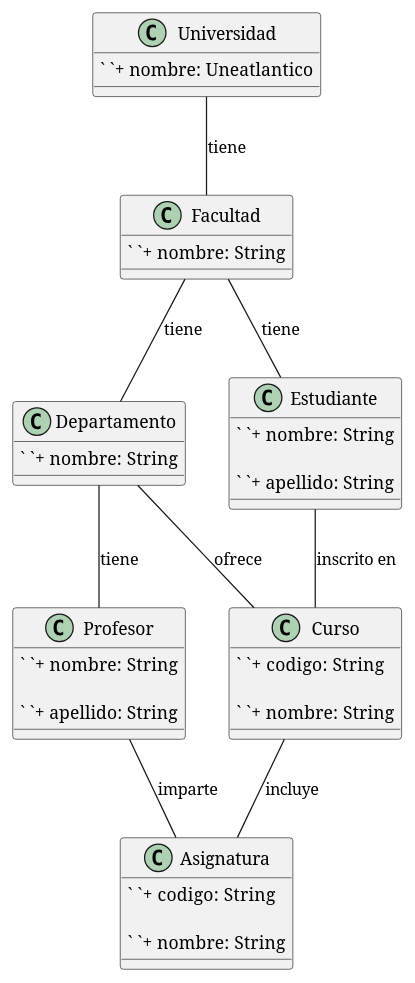
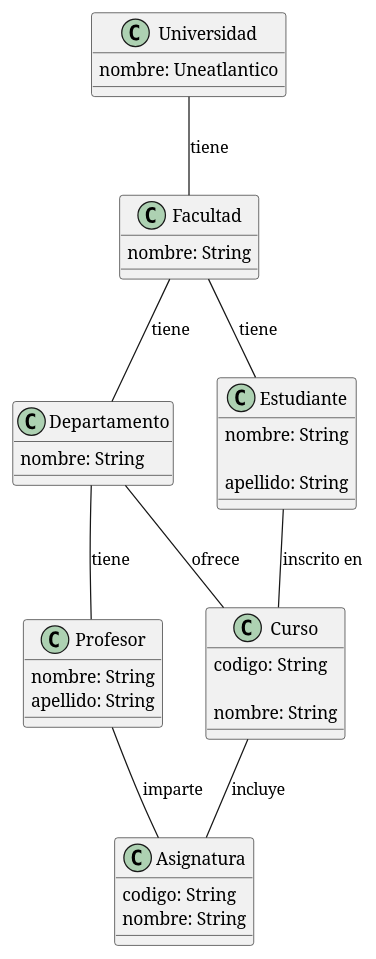
Before and after one commit to mmasias/23-24-idsw1: the diagram in entregas/samayoaBrandon/reto01.md, drawn with PlantUML.

```diff
--- a/entregas/samayoaBrandon/reto01.md
+++ b/entregas/samayoaBrandon/reto01.md
@@ -1,69 +1,65 @@
 @startuml
 
 class Universidad {
 
-`  `+ nombre: Uneatlantico
+nombre: Uneatlantico
 
 }
 
 class Facultad {
-
-`  `+ nombre: String
+nombre: String
 
 }
 
 class Departamento {
-
-`  `+ nombre: String
+nombre: String
 
 }
 
 class Profesor {
 
-`  `+ nombre: String
-
-`  `+ apellido: String
+nombre: String
+apellido: String
 
 }
 
 class Estudiante {
 
-`  `+ nombre: String
+nombre: String
 
-`  `+ apellido: String
+apellido: String
 
 }
 
 class Curso {
 
-`  `+ codigo: String
+codigo: String
 
-`  `+ nombre: String
+nombre: String
 
 }
 
 class Asignatura {
 
-`  `+ codigo: String
-
-`  `+ nombre: String
+codigo: String
+nombre: String
 
 }
 
 Universidad -- Facultad : tiene
 
 Facultad -- Departamento : tiene
 
 Facultad -- Estudiante : tiene
 
 Departamento -- Profesor : tiene
 
 Departamento -- Curso : ofrece
 
 Profesor -- Asignatura : imparte
 
 Estudiante -- Curso : inscrito en
 
 Curso -- Asignatura : incluye
 
 @enduml
```
